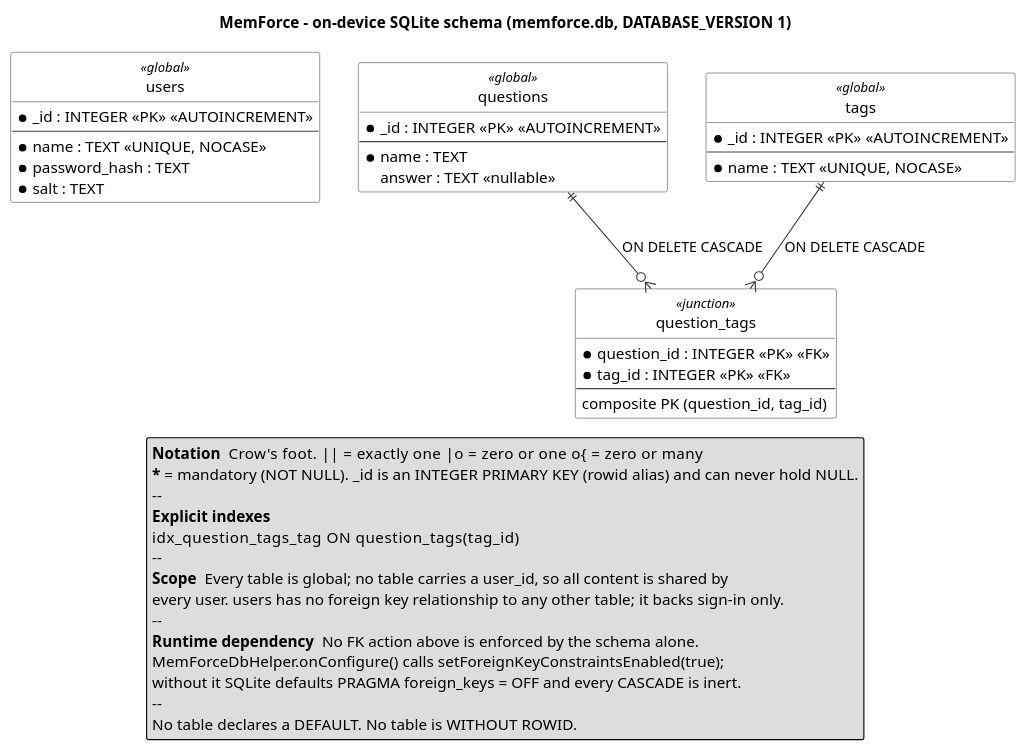
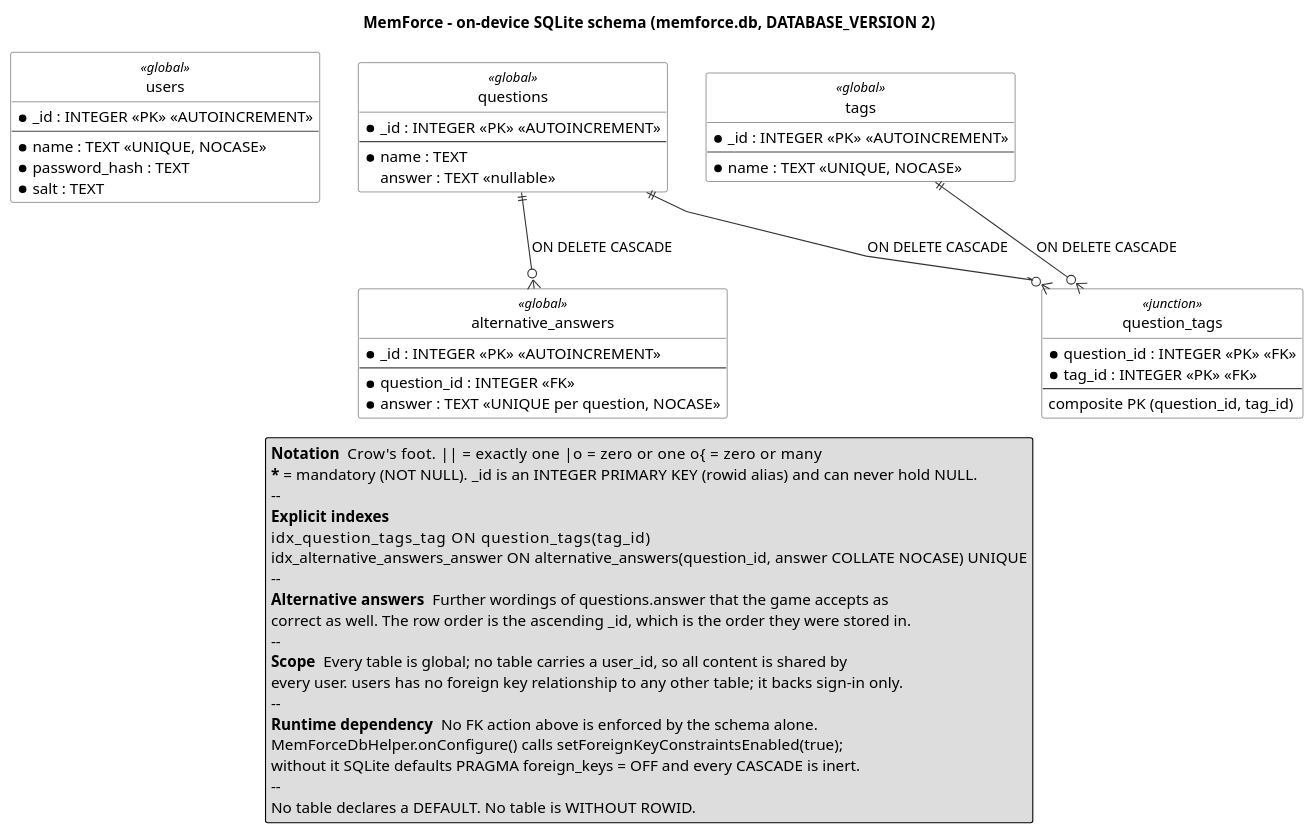
Before and after one commit to dimitrije-cuk/memforce: the diagram in docs/database/database-erd.puml, drawn with PlantUML. The commit also changed 40 other files, not shown here.

```diff
--- a/docs/database/database-erd.puml
+++ b/docs/database/database-erd.puml
@@ -1,81 +1,93 @@
 @startuml database-erd
 ' MemForce on-device SQLite schema.
 ' Source of truth: app/src/main/java/com/memforce/db/MemForceDbHelper.java (onCreate)
 ' Identifiers resolved through app/src/main/java/com/memforce/db/DbContract.java.
 ' The entity tables implement android.provider.BaseColumns, so the key column is "_id", not "id".
 
 hide circle
 ' polyline keeps each ON DELETE label attached to its own edge; ortho routing
 ' strands them against the right margin on this graph.
 skinparam linetype polyline
 skinparam shadowing false
 skinparam roundcorner 4
 skinparam class {
   BackgroundColor White
   BorderColor #444444
   ArrowColor #333333
 }
 
-title MemForce - on-device SQLite schema (memforce.db, DATABASE_VERSION 1)
+title MemForce - on-device SQLite schema (memforce.db, DATABASE_VERSION 2)
 
 ' ============================ identity / auth ============================
 together {
   entity "users" as users <<global>> {
     * _id : INTEGER <<PK>> <<AUTOINCREMENT>>
     --
     * name : TEXT <<UNIQUE, NOCASE>>
     * password_hash : TEXT
     * salt : TEXT
   }
 }
 
 ' ============================ content ============================
 together {
   entity "questions" as questions <<global>> {
     * _id : INTEGER <<PK>> <<AUTOINCREMENT>>
     --
     * name : TEXT
     answer : TEXT <<nullable>>
   }
 
   entity "tags" as tags <<global>> {
     * _id : INTEGER <<PK>> <<AUTOINCREMENT>>
     --
     * name : TEXT <<UNIQUE, NOCASE>>
   }
+
+  entity "alternative_answers" as alternative_answers <<global>> {
+    * _id : INTEGER <<PK>> <<AUTOINCREMENT>>
+    --
+    * question_id : INTEGER <<FK>>
+    * answer : TEXT <<UNIQUE per question, NOCASE>>
+  }
 }
 
 ' ============================ junction / bridge ============================
 together {
   entity "question_tags" as question_tags <<junction>> {
     * question_id : INTEGER <<PK>> <<FK>>
     * tag_id : INTEGER <<PK>> <<FK>>
     --
     composite PK (question_id, tag_id)
   }
 }
 
 ' ============================ relationships ============================
 ' Both junction columns are NOT NULL, so both parent sides are mandatory.
 questions ||--o{ question_tags : "ON DELETE CASCADE"
 tags      ||--o{ question_tags : "ON DELETE CASCADE"
+questions ||--o{ alternative_answers : "ON DELETE CASCADE"
 
 ' ============================ notes ============================
 legend bottom
   <b>Notation</b>  Crow's foot.  || = exactly one   |o = zero or one   o{ = zero or many
   <b>*</b> = mandatory (NOT NULL).  _id is an INTEGER PRIMARY KEY (rowid alias) and can never hold NULL.
   --
   <b>Explicit indexes</b>
-  idx_question_tags_tag       ON question_tags(tag_id)
+  idx_question_tags_tag          ON question_tags(tag_id)
+  idx_alternative_answers_answer ON alternative_answers(question_id, answer COLLATE NOCASE)  UNIQUE
+  --
+  <b>Alternative answers</b>  Further wordings of questions.answer that the game accepts as
+  correct as well. The row order is the ascending _id, which is the order they were stored in.
   --
   <b>Scope</b>  Every table is global; no table carries a user_id, so all content is shared by
   every user. users has no foreign key relationship to any other table; it backs sign-in only.
   --
   <b>Runtime dependency</b>  No FK action above is enforced by the schema alone.
   MemForceDbHelper.onConfigure() calls setForeignKeyConstraintsEnabled(true);
   without it SQLite defaults PRAGMA foreign_keys = OFF and every CASCADE is inert.
   --
   No table declares a DEFAULT. No table is WITHOUT ROWID.
 endlegend
 
 @enduml
```
